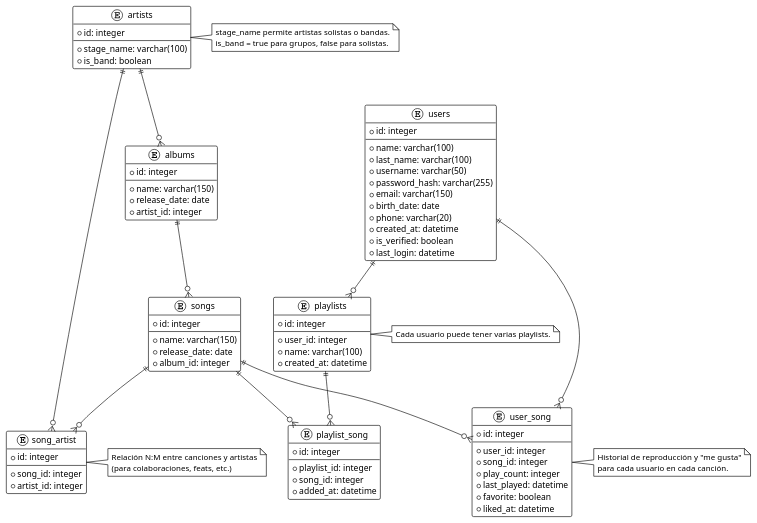
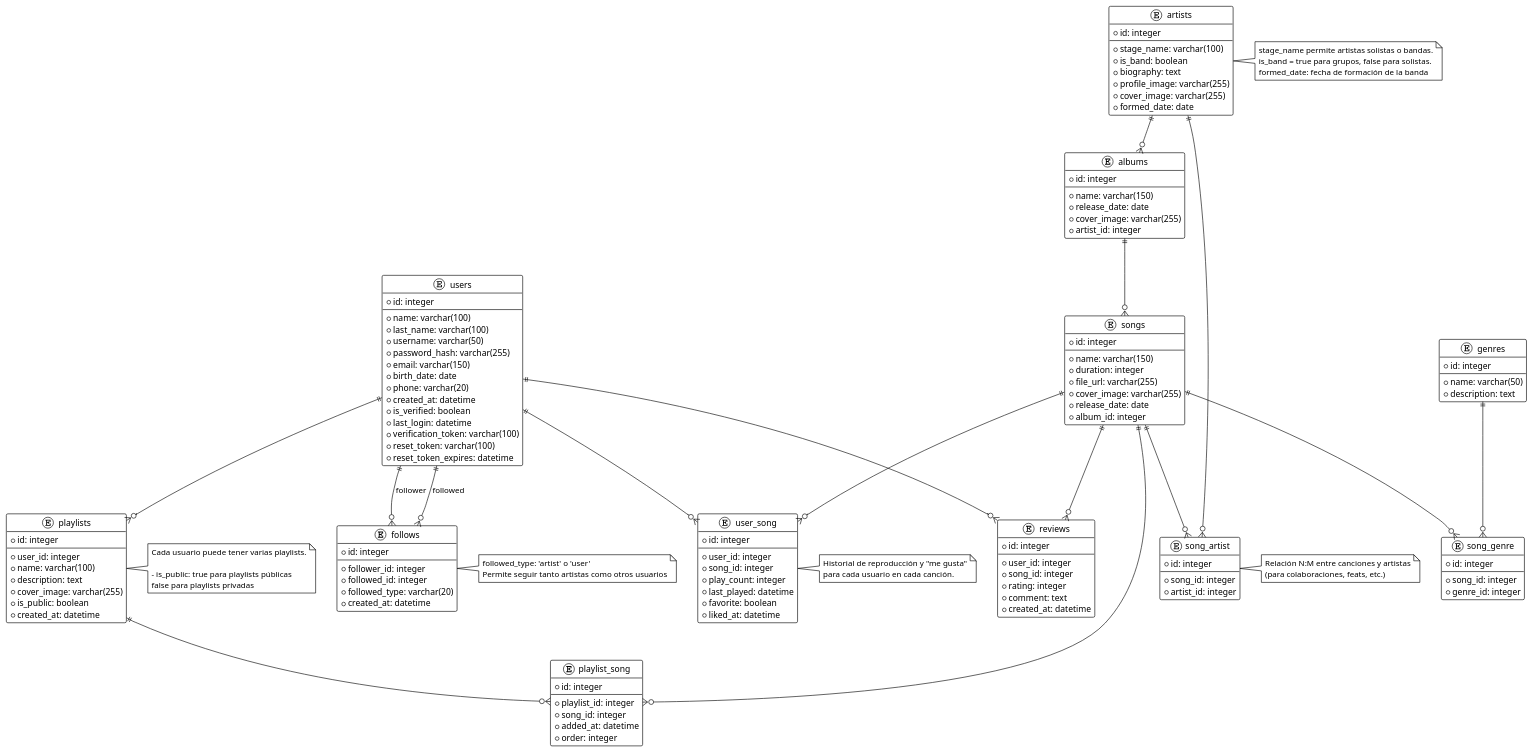
The diagram in DiagramaERDV2.plantuml (PatrickLeon24/ProyectoPrograMovil), drawn with PlantUML before and after one commit. The commit also changed 1 other file, not shown here.

Commit message:
Modificación de la entidad artistas, albumes, canciones, genres. Creacion de entidades reviews y follows. Creación de casos de uso

```diff
--- a/DiagramaERDV2.plantuml
+++ b/DiagramaERDV2.plantuml
@@ -1,110 +1,177 @@
 @startuml
 !theme plain
 
 entity "users" {
   * id: integer
   --
   * name: varchar(100)
   * last_name: varchar(100)
   * username: varchar(50)
   * password_hash: varchar(255)
   * email: varchar(150)
   * birth_date: date
   * phone: varchar(20)
   * created_at: datetime
   * is_verified: boolean
   * last_login: datetime
+  * verification_token: varchar(100)
+  * reset_token: varchar(100)
+  * reset_token_expires: datetime
 }
 
 entity "artists" {
   * id: integer
   --
   * stage_name: varchar(100)
   * is_band: boolean
+  * biography: text
+  * profile_image: varchar(255)
+  * cover_image: varchar(255)
+  * formed_date: date
 }
 
 entity "albums" {
   * id: integer
   --
   * name: varchar(150)
   * release_date: date
+  * cover_image: varchar(255)
   * artist_id: integer
 }
 
 entity "songs" {
   * id: integer
   --
   * name: varchar(150)
+  * duration: integer
+  * file_url: varchar(255)
+  * cover_image: varchar(255)
   * release_date: date
   * album_id: integer
+}
+
+entity "genres" {
+  * id: integer
+  --
+  * name: varchar(50)
+  * description: text
+}
+
+entity "song_genre" {
+  * id: integer
+  --
+  * song_id: integer
+  * genre_id: integer
 }
 
 entity "song_artist" {
   * id: integer
   --
   * song_id: integer
   * artist_id: integer
 }
 
 entity "user_song" {
   * id: integer
   --
   * user_id: integer
   * song_id: integer
   * play_count: integer
   * last_played: datetime
   * favorite: boolean
   * liked_at: datetime
 }
 
 entity "playlists" {
   * id: integer
   --
   * user_id: integer
   * name: varchar(100)
+  * description: text
+  * cover_image: varchar(255)
+  * is_public: boolean
   * created_at: datetime
 }
 
 entity "playlist_song" {
   * id: integer
   --
   * playlist_id: integer
   * song_id: integer
   * added_at: datetime
+  * order: integer
+}
+
+entity "reviews" {
+  * id: integer
+  --
+  * user_id: integer
+  * song_id: integer
+  * rating: integer
+  * comment: text
+  * created_at: datetime
+}
+
+entity "follows" {
+  * id: integer
+  --
+  * follower_id: integer
+  * followed_id: integer
+  * followed_type: varchar(20)
+  * created_at: datetime
 }
 
 ' Relaciones
 users ||--o{ user_song
 songs ||--o{ user_song
 
 artists ||--o{ albums
 albums ||--o{ songs
 
 songs ||--o{ song_artist
 artists ||--o{ song_artist
 
 users ||--o{ playlists
 playlists ||--o{ playlist_song
 songs ||--o{ playlist_song
 
+genres ||--o{ song_genre
+songs ||--o{ song_genre
+
+users ||--o{ reviews
+songs ||--o{ reviews
+
+' Relaciones CORREGIDAS para follows
+users ||--o{ follows : "follower"
+users ||--o{ follows : "followed"
+
 ' Notas
 note right of artists
   stage_name permite artistas solistas o bandas.
   is_band = true para grupos, false para solistas.
+  formed_date: fecha de formación de la banda
 end note
 
 note right of song_artist
   Relación N:M entre canciones y artistas
   (para colaboraciones, feats, etc.)
 end note
 
 note right of playlists
   Cada usuario puede tener varias playlists.
+
+  - is_public: true para playlists públicas
+  false para playlists privadas
 end note
 
 note right of user_song
   Historial de reproducción y "me gusta"
   para cada usuario en cada canción.
 end note
 
+note right of follows
+  followed_type: 'artist' o 'user'
+  Permite seguir tanto artistas como otros usuarios
+end note
+
 @enduml
```
